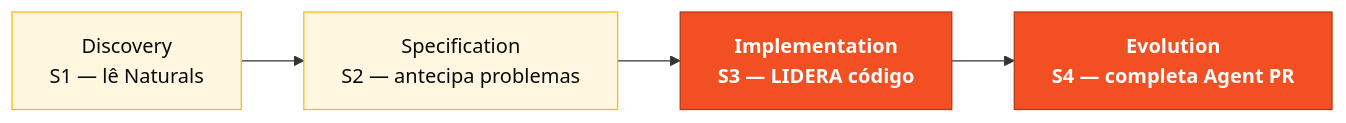
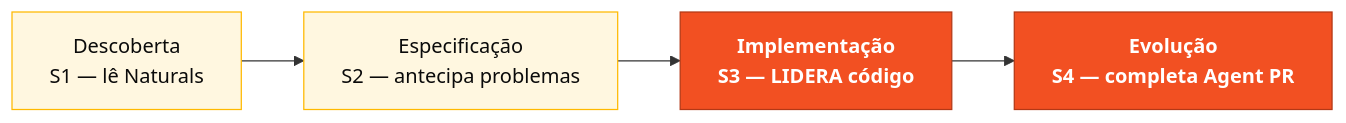
One commit to paulasilvatech/hackathon-datacorp-team-kit changed the diagram in pt-br/persona-kits/06-developer/PERSONA.md. Above: the diagram before and after it, drawn with Mermaid. The commit also changed other lines of this file and 172 other files, not shown here.

````diff
--- a/pt-br/persona-kits/06-developer/PERSONA.md
+++ b/pt-br/persona-kits/06-developer/PERSONA.md
@@ -19,12 +19,12 @@
 ```mermaid
 flowchart LR
  classDef current fill:#F25022,stroke:#B33816,color:#fff,font-weight:bold
  classDef support fill:#FFF7E0,stroke:#FFB900,color:#0A0A0A
 
- D[Discovery<br/>S1 — lê Naturals]:::support
- SP[Specification<br/>S2 — antecipa problemas]:::support
- IM[Implementation<br/>S3 — LIDERA código]:::current
- EV[Evolution<br/>S4 — completa Agent PR]:::current
+ D[Descoberta<br/>S1 — lê Naturals]:::support
+ SP[Especificação<br/>S2 — antecipa problemas]:::support
+ IM[Implementação<br/>S3 — LIDERA código]:::current
+ EV[Evolução<br/>S4 — completa Agent PR]:::current
 
  D --> SP --> IM --> EV
 ```
````
